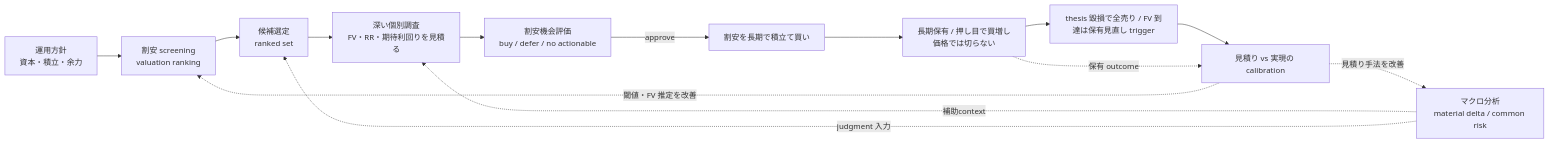
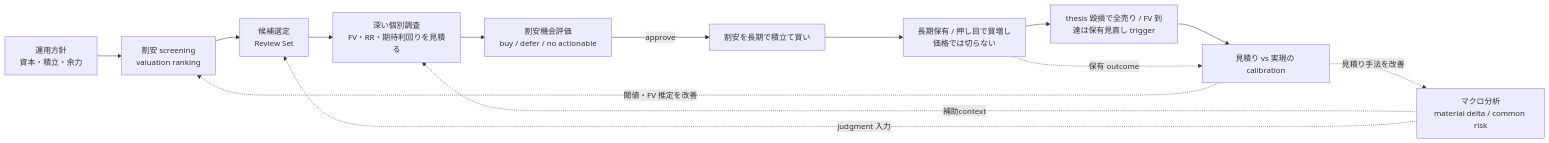
The diagram in docs/doctrine.md (koumatsumoto/baibai-loop), drawn with Mermaid before and after one commit. The commit also changed other lines of this file and 231 other files, not shown here.

````diff
--- a/docs/doctrine.md
+++ b/docs/doctrine.md
@@ -26,16 +26,16 @@
 ```mermaid
 flowchart LR
   policy["運用方針<br/>資本・積立・余力"] --> screen["割安 screening<br/>valuation ranking"]
   macro["マクロ分析<br/>material delta / common risk"] -.補助context.-> research
   macro -.judgment 入力.-> select
-  screen --> select["候補選定<br/>ranked set"]
+  screen --> select["候補選定<br/>Review Set"]
   select --> research["深い個別調査<br/>FV・RR・期待利回りを見積る"]
   research --> decision["割安機会評価<br/>buy / defer / no actionable"]
   decision -- approve --> buy["割安を長期で積立て買い"]
   buy --> hold["長期保有 / 押し目で買増し<br/>価格では切らない"]
   hold --> sell["thesis 毀損で全売り / FV 到達は保有見直し trigger"]
   sell --> calib["見積り vs 実現の calibration"]
   hold -.保有 outcome.-> calib
   calib -.見積り手法を改善.-> macro
   calib -.閾値・FV 推定を改善.-> screen
 ```
````
